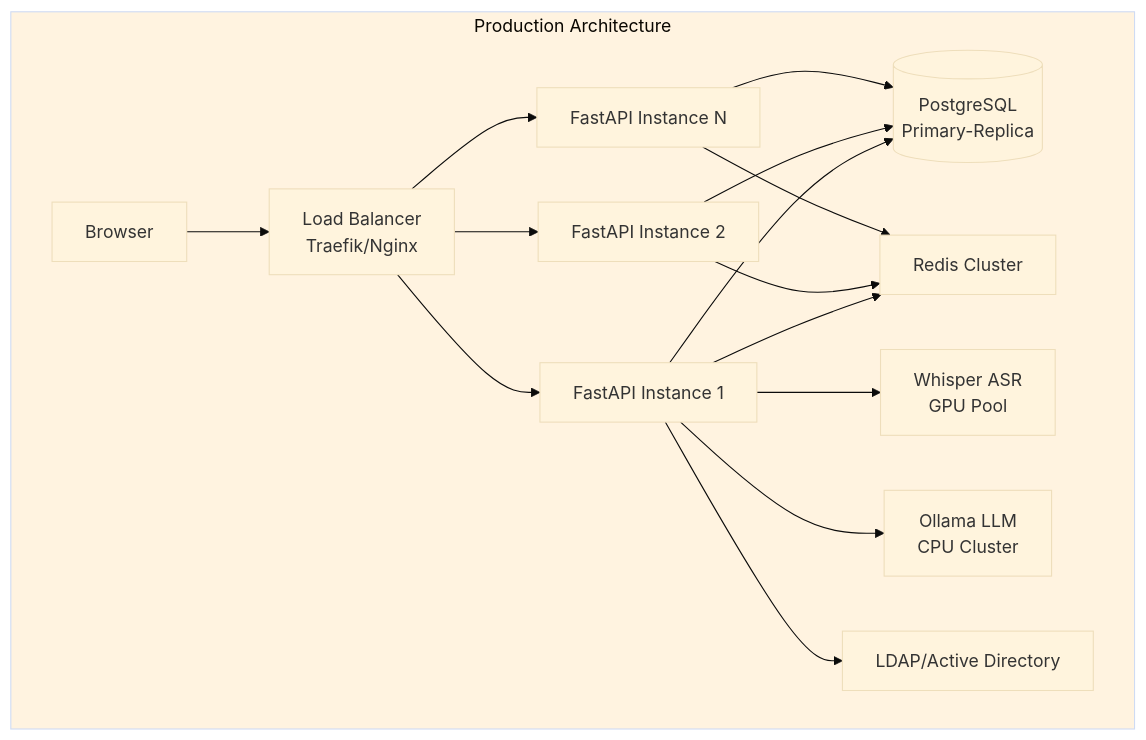
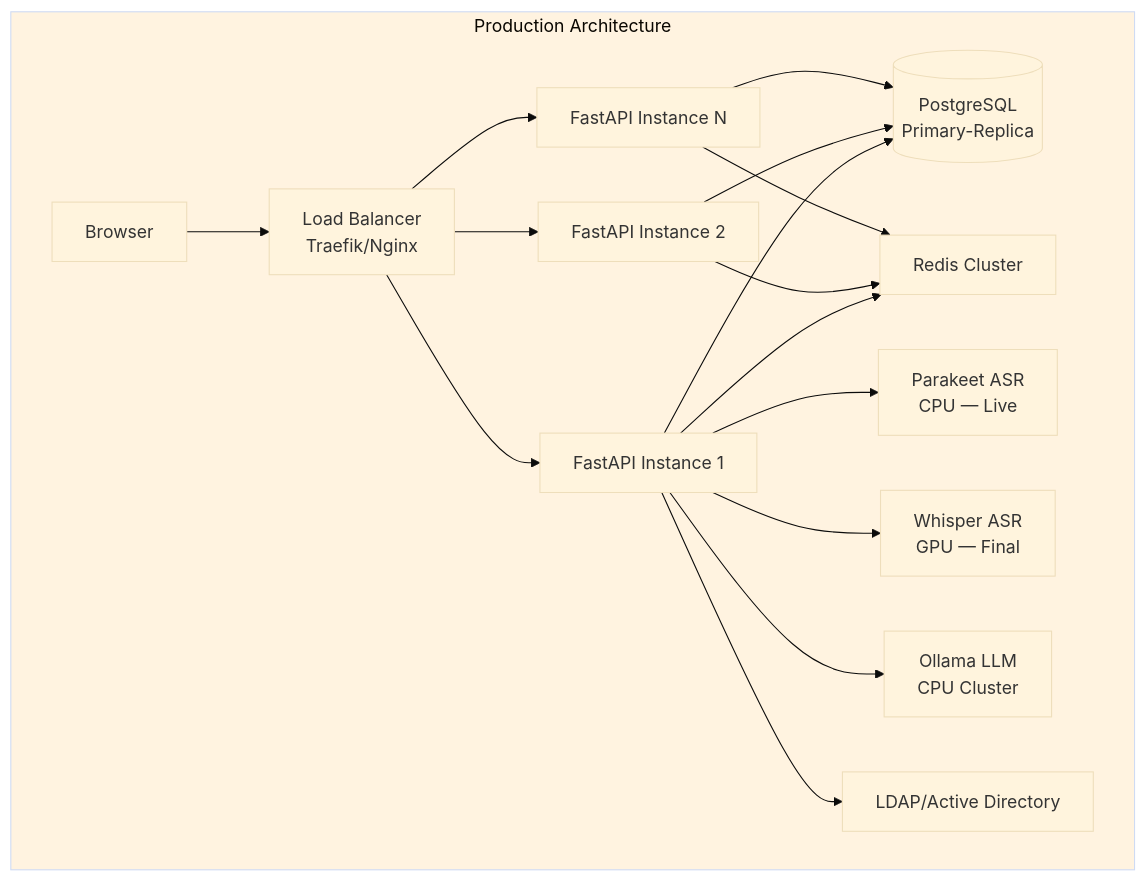
The fifth of 5 diagrams in docs/opendox.md (s2a-open-technologies/openDox), drawn with Mermaid (base theme) before and after one commit. The commit also changed other lines of this file and 12 other files, not shown here.

````diff
--- a/docs/opendox.md
+++ b/docs/opendox.md
@@ -891,26 +1098,27 @@
 ```mermaid
 graph TB
     subgraph PROD["Production Architecture"]
         A[Browser] --> LB[Load Balancer<br/>Traefik/Nginx]
         
         LB --> B1[FastAPI Instance 1]
         LB --> B2[FastAPI Instance 2]
         LB --> B3[FastAPI Instance N]
         
         B1 --> DB[(PostgreSQL<br/>Primary-Replica)]
         B2 --> DB
         B3 --> DB
         
         B1 --> C[Redis Cluster]
         B2 --> C
         B3 --> C
         
-        B1 --> D[Whisper ASR<br/>GPU Pool]
+        B1 --> D1[Parakeet ASR<br/>CPU — Live]
+        B1 --> D2[Whisper ASR<br/>GPU — Final]
         
         B1 --> E[Ollama LLM<br/>CPU Cluster]
         
         B1 --> F[LDAP/Active Directory]
     end
     
     style PROD fill:#fff3e0
 ```
````
